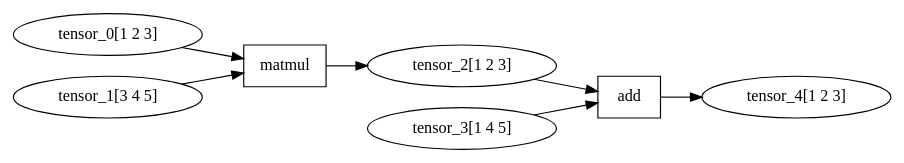
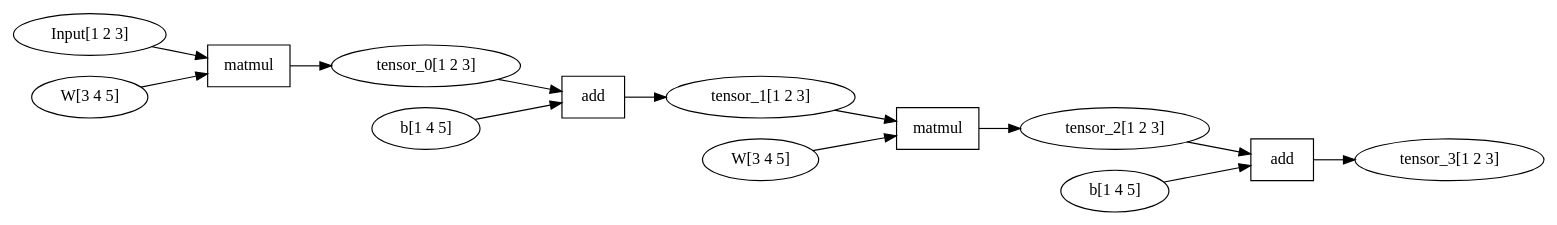
Before and after one commit to zhaziqwe/deepx: the diagram in front/go/example/1_app.dot, drawn with Graphviz. The commit also changed 27 other files, not shown here.

```diff
--- a/front/go/example/1_app.dot
+++ b/front/go/example/1_app.dot
@@ -1,17 +1,29 @@
 digraph computational_graph {
   rankdir=LR;
   node [shape=record];
-  "0xc000102120" [label="tensor_0[1 2 3]", shape=ellipse];
-  "0xc000102180" [label="tensor_1[3 4 5]", shape=ellipse];
-  "0xc0001021e0" [label="tensor_2[1 2 3]", shape=ellipse];
-  "0xc000102240" [label="matmul", shape=rectangle];
-  "0xc0001022a0" [label="tensor_3[1 4 5]", shape=ellipse];
-  "0xc000102300" [label="tensor_4[1 2 3]", shape=ellipse];
-  "0xc000102360" [label="add", shape=rectangle];
-  "0xc000102240" -> "0xc0001021e0";
-  "0xc000102120" -> "0xc000102240";
-  "0xc000102180" -> "0xc000102240";
-  "0xc000102360" -> "0xc000102300";
-  "0xc0001022a0" -> "0xc000102360";
-  "0xc0001021e0" -> "0xc000102360";
+  "0xc0000c2120" [label="Input[1 2 3]", shape=ellipse];
+  "0xc0000c2180" [label="W[3 4 5]", shape=ellipse];
+  "0xc0000c21e0" [label="tensor_0[1 2 3]", shape=ellipse];
+  "0xc0000c2240" [label="matmul", shape=rectangle];
+  "0xc0000c22a0" [label="b[1 4 5]", shape=ellipse];
+  "0xc0000c2300" [label="tensor_1[1 2 3]", shape=ellipse];
+  "0xc0000c2360" [label="add", shape=rectangle];
+  "0xc0000c23c0" [label="W[3 4 5]", shape=ellipse];
+  "0xc0000c2420" [label="tensor_2[1 2 3]", shape=ellipse];
+  "0xc0000c2480" [label="matmul", shape=rectangle];
+  "0xc0000c24e0" [label="b[1 4 5]", shape=ellipse];
+  "0xc0000c2540" [label="tensor_3[1 2 3]", shape=ellipse];
+  "0xc0000c25a0" [label="add", shape=rectangle];
+  "0xc0000c2240" -> "0xc0000c21e0";
+  "0xc0000c2120" -> "0xc0000c2240";
+  "0xc0000c2180" -> "0xc0000c2240";
+  "0xc0000c2360" -> "0xc0000c2300";
+  "0xc0000c21e0" -> "0xc0000c2360";
+  "0xc0000c22a0" -> "0xc0000c2360";
+  "0xc0000c2480" -> "0xc0000c2420";
+  "0xc0000c2300" -> "0xc0000c2480";
+  "0xc0000c23c0" -> "0xc0000c2480";
+  "0xc0000c25a0" -> "0xc0000c2540";
+  "0xc0000c2420" -> "0xc0000c25a0";
+  "0xc0000c24e0" -> "0xc0000c25a0";
 }
```
